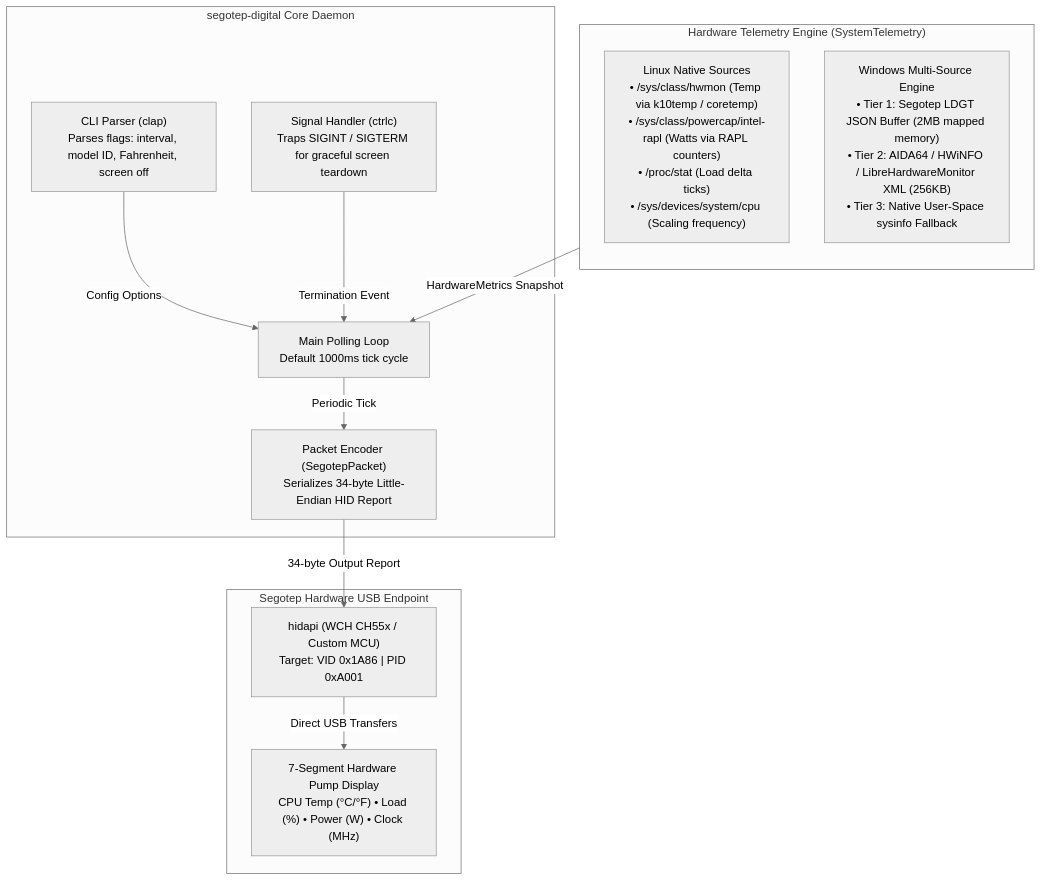
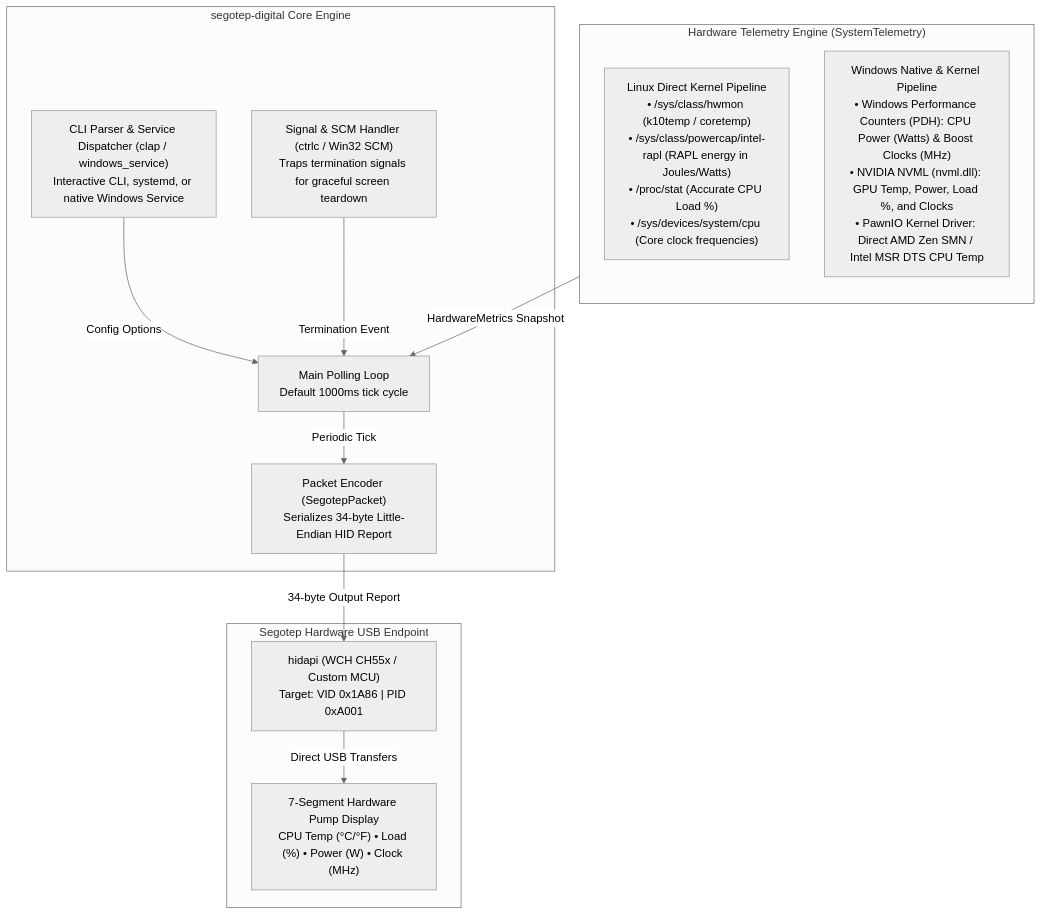
One commit to Delnegend/segotep-digital changed the first of 5 diagrams in ARCHITECTURE.md. Above: the diagram before and after it, drawn with Mermaid (neutral theme). The commit also changed other lines of this file and 1 other file, not shown here.

First line of the commit message:
docs: update README and architecture design for standalone service and PawnIO

````diff
--- a/ARCHITECTURE.md
+++ b/ARCHITECTURE.md
@@ -11,27 +11,27 @@
 ```mermaid
 flowchart TB
-    subgraph CoreDaemon["segotep-digital Core Daemon"]
-        CLI["CLI Parser (clap)<br/>Parses flags: interval, model ID, Fahrenheit, screen off"]
-        SIG["Signal Handler (ctrlc)<br/>Traps SIGINT / SIGTERM for graceful screen teardown"]
+    subgraph CoreDaemon["segotep-digital Core Engine"]
+        CLI["CLI Parser & Service Dispatcher (clap / windows_service)<br/>Interactive CLI, systemd, or native Windows Service"]
+        SIG["Signal & SCM Handler (ctrlc / Win32 SCM)<br/>Traps termination signals for graceful screen teardown"]
         LOOP["Main Polling Loop<br/>Default 1000ms tick cycle"]
         PACKET["Packet Encoder (SegotepPacket)<br/>Serializes 34-byte Little-Endian HID Report"]
     end
 
     subgraph TelemetrySubsystem["Hardware Telemetry Engine (SystemTelemetry)"]
         direction TB
-        LINUX_SRC["Linux Native Sources<br/>• /sys/class/hwmon (Temp via k10temp / coretemp)<br/>• /sys/class/powercap/intel-rapl (Watts via RAPL counters)<br/>• /proc/stat (Load delta ticks)<br/>• /sys/devices/system/cpu (Scaling frequency)"]
-        WIN_SRC["Windows Multi-Source Engine<br/>• Tier 1: Segotep LDGT JSON Buffer (2MB mapped memory)<br/>• Tier 2: AIDA64 / HWiNFO / LibreHardwareMonitor XML (256KB)<br/>• Tier 3: Native User-Space sysinfo Fallback"]
+        LINUX_SRC["Linux Direct Kernel Pipeline<br/>• /sys/class/hwmon (k10temp / coretemp)<br/>• /sys/class/powercap/intel-rapl (RAPL energy in Joules/Watts)<br/>• /proc/stat (Accurate CPU Load %)<br/>• /sys/devices/system/cpu (Core clock frequencies)"]
+        WIN_SRC["Windows Native & Kernel Pipeline<br/>• Windows Performance Counters (PDH): CPU Power (Watts) & Boost Clocks (MHz)<br/>• NVIDIA NVML (nvml.dll): GPU Temp, Power, Load %, and Clocks<br/>• PawnIO Kernel Driver: Direct AMD Zen SMN / Intel MSR DTS CPU Temp"]
     end
 
     subgraph HardwareLayer["Segotep Hardware USB Endpoint"]
         HID_API["hidapi (WCH CH55x / Custom MCU)<br/>Target: VID 0x1A86 | PID 0xA001"]
         SCREEN["7-Segment Hardware Pump Display<br/>CPU Temp (°C/°F) • Load (%) • Power (W) • Clock (MHz)"]
     end
 
     CLI -->|Config Options| LOOP
     SIG -->|Termination Event| LOOP
     TelemetrySubsystem -->|HardwareMetrics Snapshot| LOOP
     LOOP -->|Periodic Tick| PACKET
     PACKET -->|34-byte Output Report| HID_API
     HID_API -->|Direct USB Transfers| SCREEN
 ```
````
